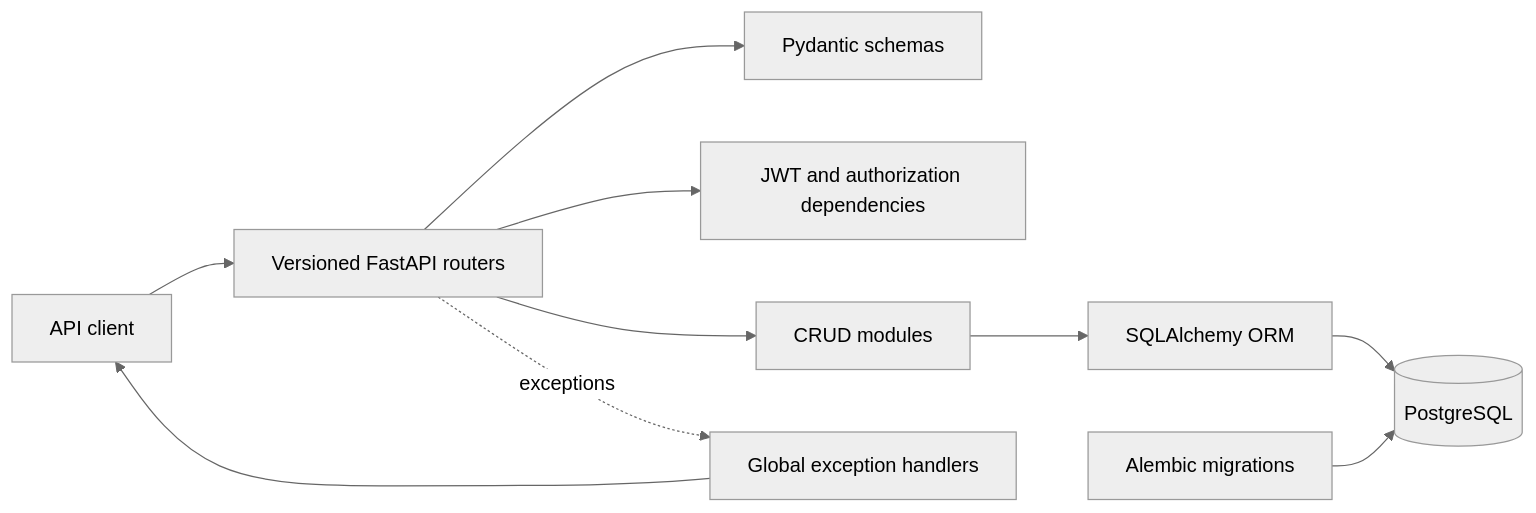
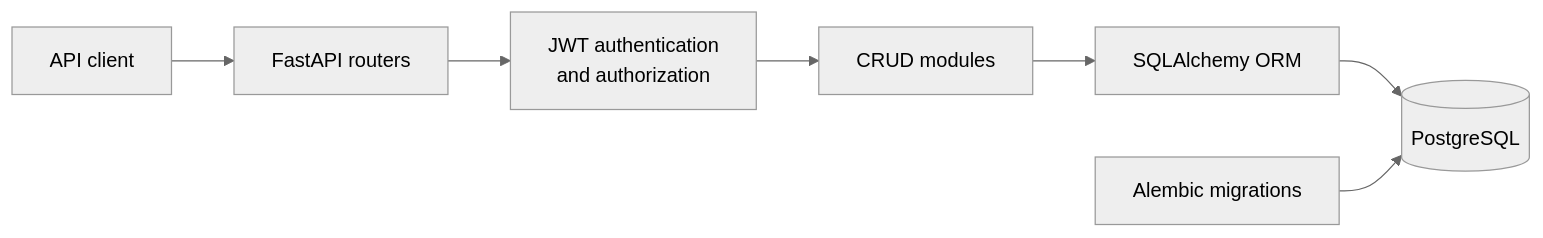
The first of 2 diagrams in README.md (Orlando-Alvarez/Ticket-API), drawn with Mermaid (neutral theme) before and after one commit. The commit also changed other lines of this file and 7 other files, not shown here.

````diff
--- a/README.md
+++ b/README.md
@@ -91,12 +91,9 @@
 ```mermaid
 flowchart LR
-    Client[API client] --> Router[Versioned FastAPI routers]
-    Router --> Validation[Pydantic schemas]
-    Router --> Auth[JWT and authorization dependencies]
-    Router --> CRUD[CRUD modules]
-    Router -. exceptions .-> Errors[Global exception handlers]
+    Client[API client] --> API[FastAPI routers]
+    API --> Auth[JWT authentication<br/>and authorization]
+    Auth --> CRUD[CRUD modules]
     CRUD --> ORM[SQLAlchemy ORM]
     ORM --> DB[(PostgreSQL)]
     Alembic[Alembic migrations] --> DB
-    Errors --> Client
 ```
````
